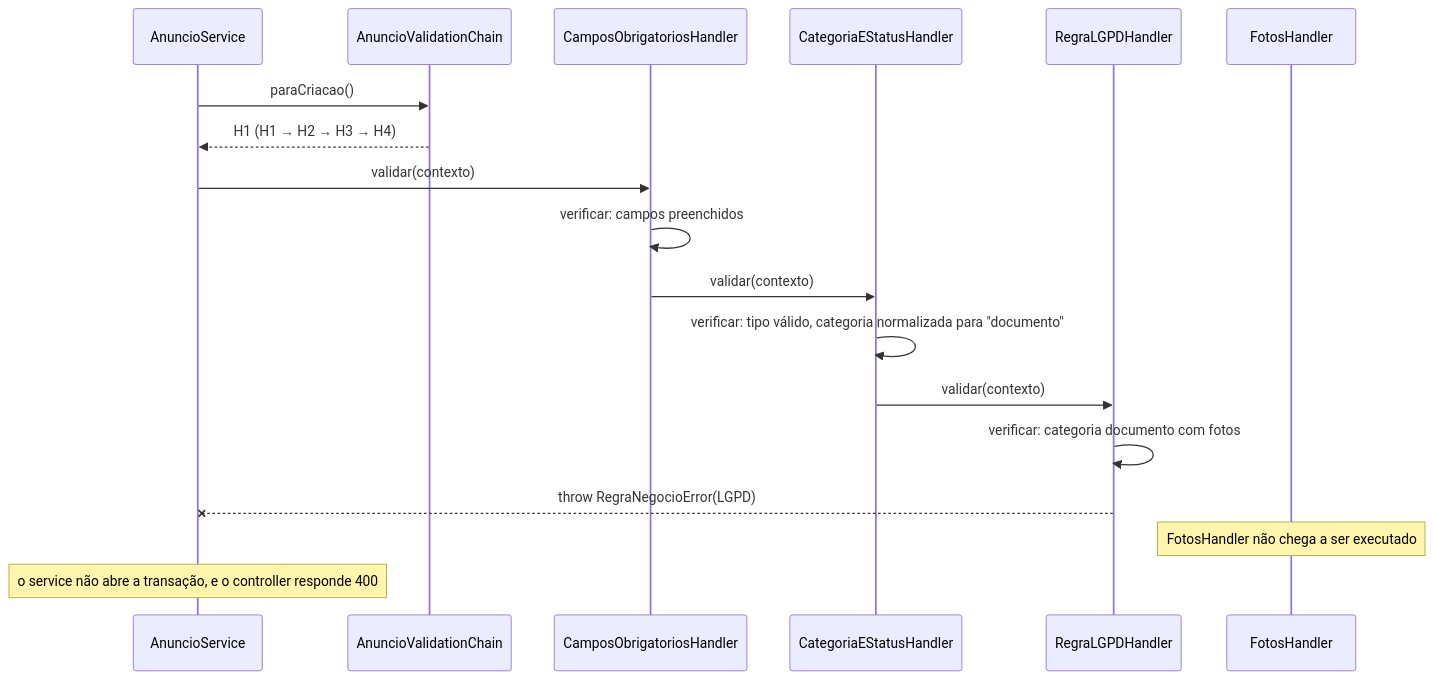
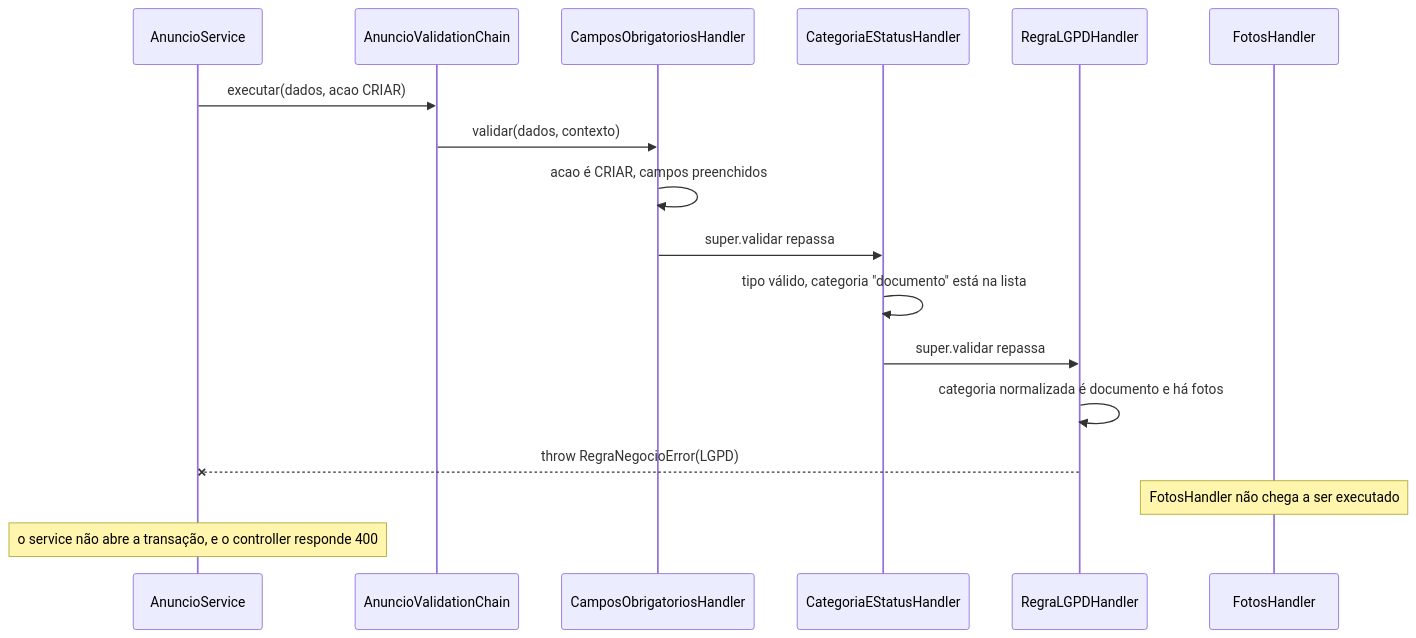
The second of 2 diagrams in docs/padroes/padroes-de-projeto.md (Matheus-Castro-Paula/Radar-UFLA), drawn with Mermaid before and after one commit. The commit also changed other lines of this file and 4 other files, not shown here.

````diff
--- a/docs/padroes/padroes-de-projeto.md
+++ b/docs/padroes/padroes-de-projeto.md
@@ -155,21 +159,20 @@
 ```mermaid
 sequenceDiagram
     participant S as AnuncioService
     participant C as AnuncioValidationChain
     participant H1 as CamposObrigatoriosHandler
     participant H2 as CategoriaEStatusHandler
     participant H3 as RegraLGPDHandler
     participant H4 as FotosHandler
 
-    S->>C: paraCriacao()
-    C-->>S: H1 (H1 → H2 → H3 → H4)
-    S->>H1: validar(contexto)
-    H1->>H1: verificar: campos preenchidos
-    H1->>H2: validar(contexto)
-    H2->>H2: verificar: tipo válido, categoria normalizada para "documento"
-    H2->>H3: validar(contexto)
-    H3->>H3: verificar: categoria documento com fotos
+    S->>C: executar(dados, acao CRIAR)
+    C->>H1: validar(dados, contexto)
+    H1->>H1: acao é CRIAR, campos preenchidos
+    H1->>H2: super.validar repassa
+    H2->>H2: tipo válido, categoria "documento" está na lista
+    H2->>H3: super.validar repassa
+    H3->>H3: categoria normalizada é documento e há fotos
     H3--xS: throw RegraNegocioError(LGPD)
     Note over H4: FotosHandler não chega a ser executado
     Note over S: o service não abre a transação, e o controller responde 400
 ```
````
